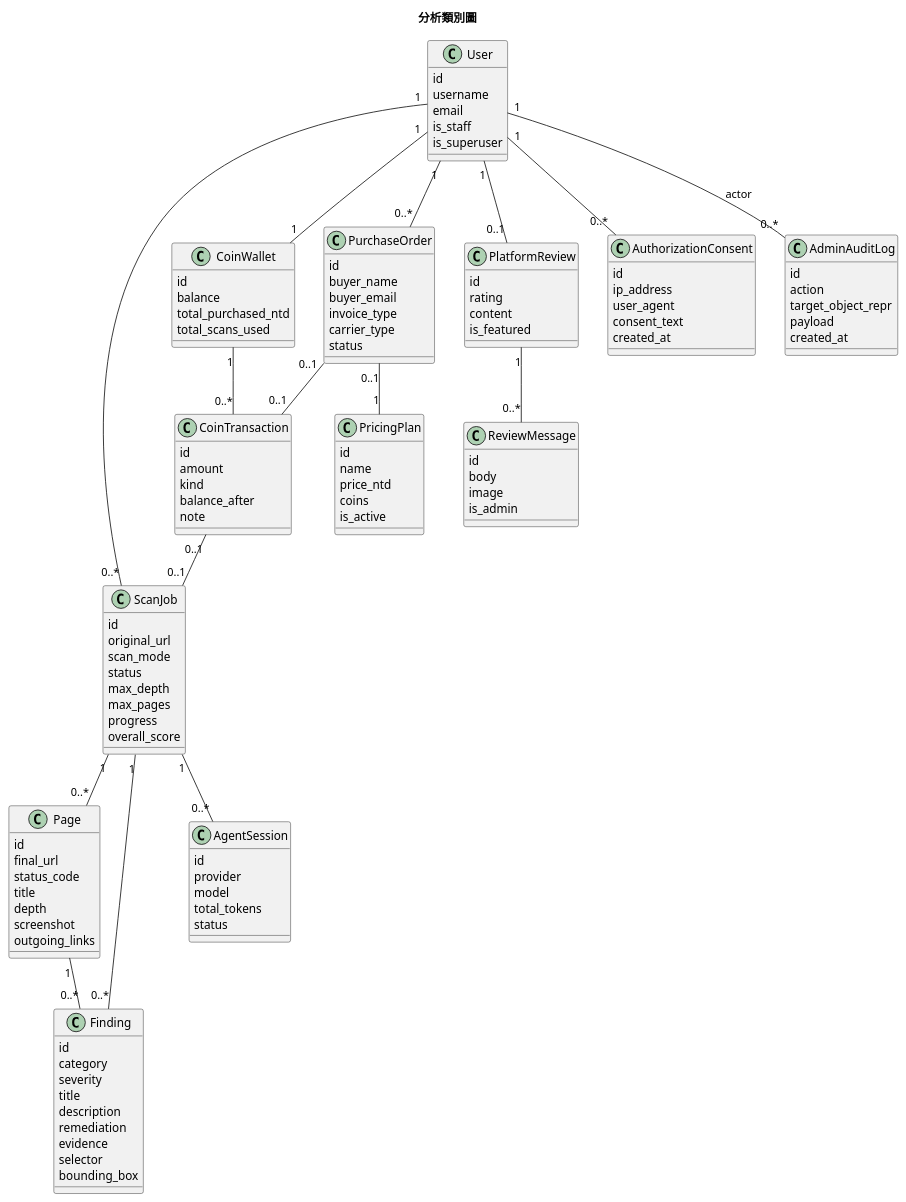
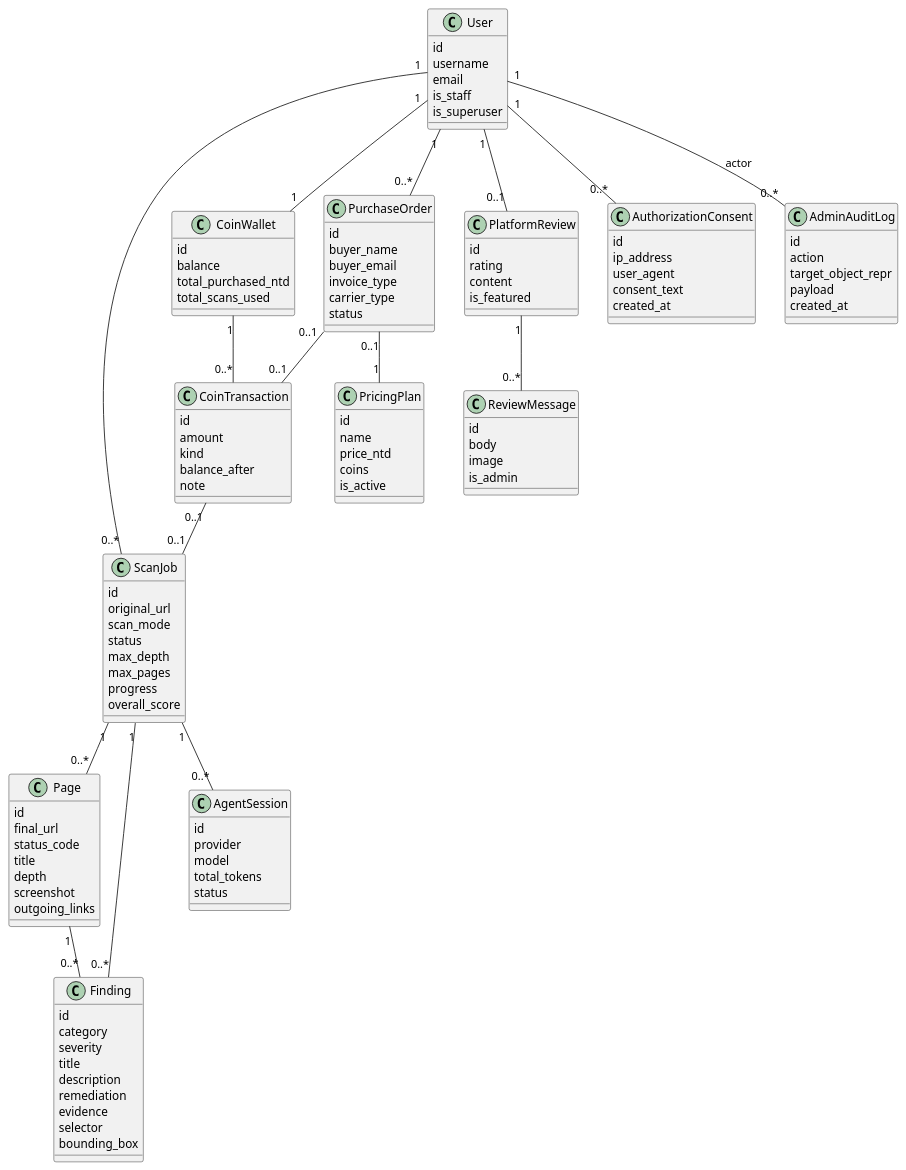
Before and after one commit to Djude1/Argus: the sixth of 13 diagrams in PlantUML.md, drawn with PlantUML. The commit also changed other lines of this file, not shown here.

First line of the commit message:
fix: remove PlantUML title directives for compatibility

````diff
--- a/PlantUML.md
+++ b/PlantUML.md
@@ -364,6 +359,5 @@
 ```plantuml
 @startuml
-title 分析類別圖
 skinparam defaultFontName Microsoft JhengHei
 skinparam shadowing false
 skinparam classAttributeIconSize 0
````
